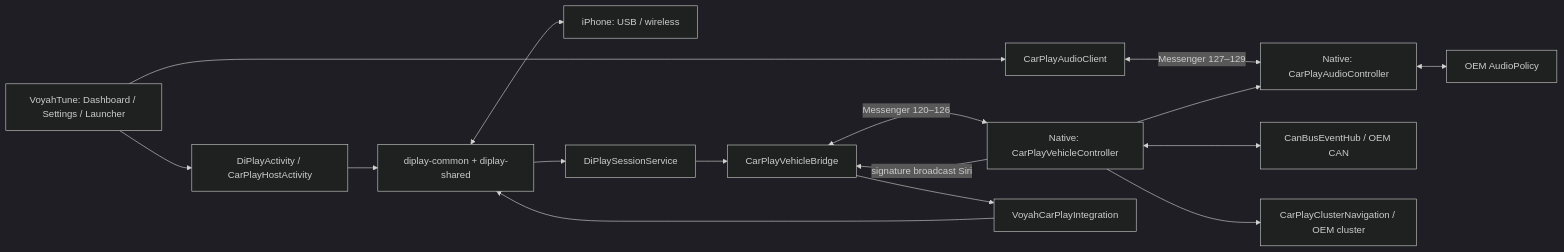
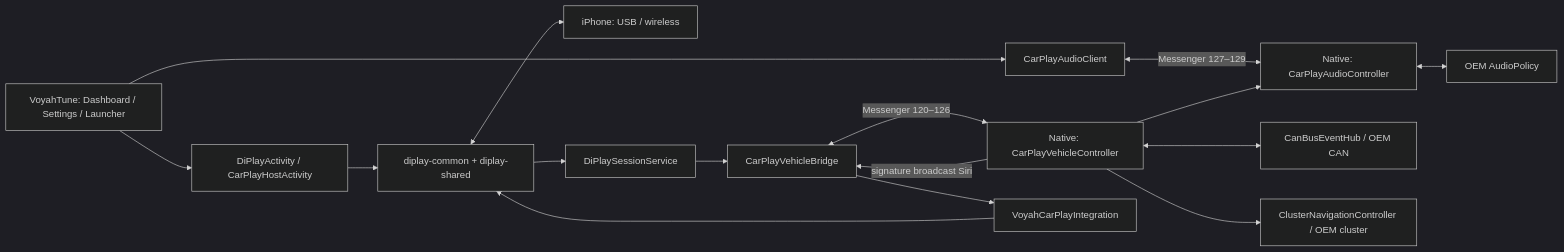
One commit to nexron171/VoyahTune changed the diagram in Docs/carplay-diplay.md. Above: the diagram before and after it, drawn with Mermaid (dark theme). The commit also changed other lines of this file, not shown here.

Commit message:
docs: describe shared cluster navigation sources and controls

````diff
--- a/Docs/carplay-diplay.md
+++ b/Docs/carplay-diplay.md
@@ -37,18 +37,18 @@
 ```mermaid
 flowchart LR
     UI[VoyahTune: Dashboard / Settings / Launcher] --> CP[DiPlayActivity / CarPlayHostActivity]
     CP --> Engine[diplay-common + diplay-shared]
     Engine <--> Phone[iPhone: USB / wireless]
     Engine --> Session[DiPlaySessionService]
     Session --> Bridge[CarPlayVehicleBridge]
     Bridge <-->|Messenger 120–126| Native[Native: CarPlayVehicleController]
     UI --> Volumes[CarPlayAudioClient]
     Volumes <-->|Messenger 127–129| Audio[Native: CarPlayAudioController]
     Native --> Audio
     Audio <--> Policy[OEM AudioPolicy]
     Native <--> CAN[CanBusEventHub / OEM CAN]
-    Native --> Cluster[CarPlayClusterNavigation / OEM cluster]
+    Native --> Cluster[ClusterNavigationController / OEM cluster]
     Native -->|signature broadcast Siri| Bridge
     Bridge --> Integration[VoyahCarPlayIntegration]
     Integration --> Engine
 ```
````
